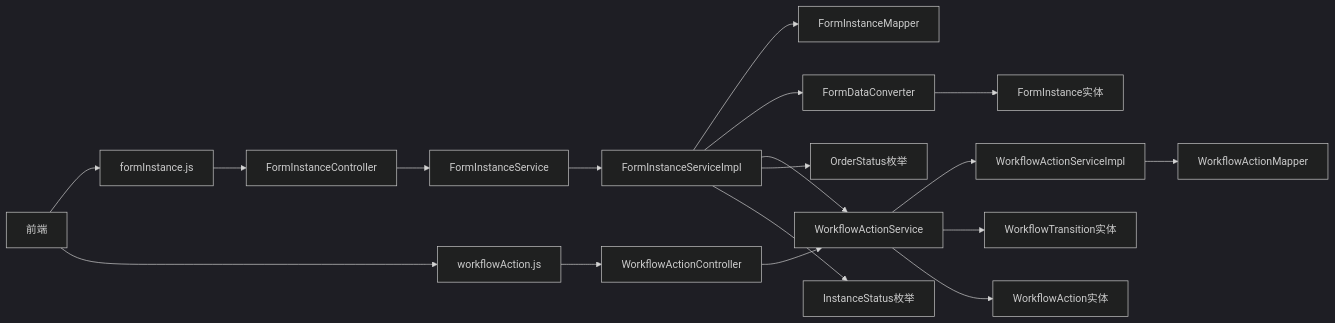
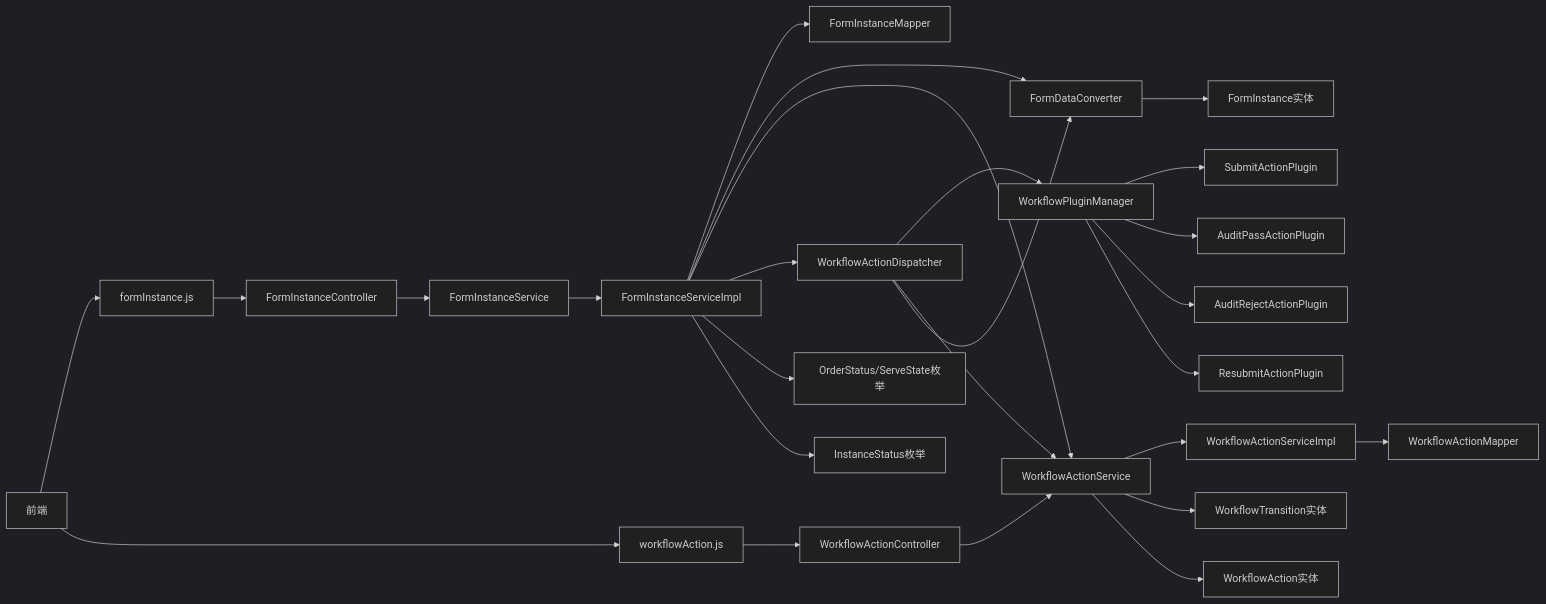
The sixth of 7 diagrams in .qoder/repowiki/zh/content/API接口文档/服务单实例API.md (NJMrLi/genetics), drawn with Mermaid (dark theme) before and after one commit. The commit also changed other lines of this file and 19 other files, not shown here.

````diff
--- a/.qoder/repowiki/zh/content/API接口文档/服务单实例API.md
+++ b/.qoder/repowiki/zh/content/API接口文档/服务单实例API.md
@@ -674,20 +644,28 @@
 ```mermaid
 graph LR
 FE["前端"] --> API["formInstance.js"]
 FE --> WFAPI["workflowAction.js"]
 API --> CTRL["FormInstanceController"]
 WFAPI --> WFCtrl["WorkflowActionController"]
 CTRL --> SVC["FormInstanceService"]
 WFCtrl --> WFService["WorkflowActionService"]
 SVC --> IMPL["FormInstanceServiceImpl"]
 WFService --> WFImpl["WorkflowActionServiceImpl"]
 IMPL --> MAPPER["FormInstanceMapper"]
 IMPL --> CONV["FormDataConverter"]
 WFImpl --> WFMapper["WorkflowActionMapper"]
 IMPL --> WFService
+IMPL --> DISPATCHER["WorkflowActionDispatcher"]
+DISPATCHER --> PLUGIN_MGR["WorkflowPluginManager"]
+DISPATCHER --> WFService
+DISPATCHER --> CONV
+PLUGIN_MGR --> SUBMIT_PLUGIN["SubmitActionPlugin"]
+PLUGIN_MGR --> AUDIT_PASS_PLUGIN["AuditPassActionPlugin"]
+PLUGIN_MGR --> AUDIT_REJECT_PLUGIN["AuditRejectActionPlugin"]
+PLUGIN_MGR --> RESUBMIT_PLUGIN["ResubmitActionPlugin"]
 CONV --> ENT["FormInstance实体"]
-IMPL --> ENUM["OrderStatus枚举"]
+IMPL --> ENUM["OrderStatus/ServeState枚举"]
 IMPL --> STATUS["InstanceStatus枚举"]
 WFService --> WFEntity["WorkflowTransition实体"]
 WFService --> WFAction["WorkflowAction实体"]
 ```
````
